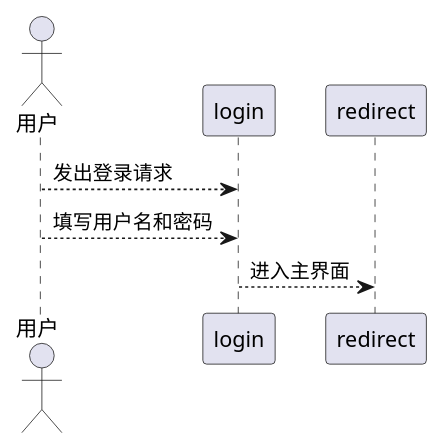
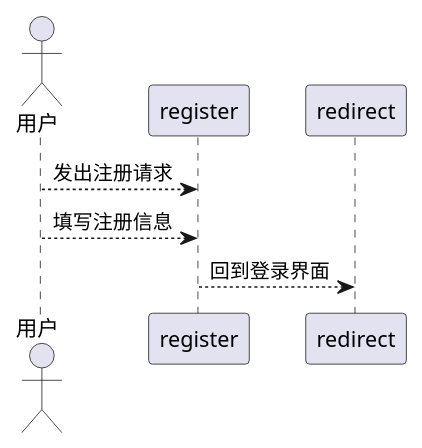
The diagram in uml/RegisterSequence.puml (Skybluewater/QuestGeneratorWebsite), drawn with PlantUML before and after one commit.

Commit message:
刚才有个文件错了

```diff
--- a/uml/RegisterSequence.puml
+++ b/uml/RegisterSequence.puml
@@ -1,6 +1,6 @@
 @startuml
 actor 用户
-用户 --> login: 发出登录请求
-用户 --> login: 填写用户名和密码
-login --> redirect: 进入主界面
+用户 --> register: 发出注册请求
+用户 --> register: 填写注册信息
+register --> redirect: 回到登录界面
 @enduml
```
